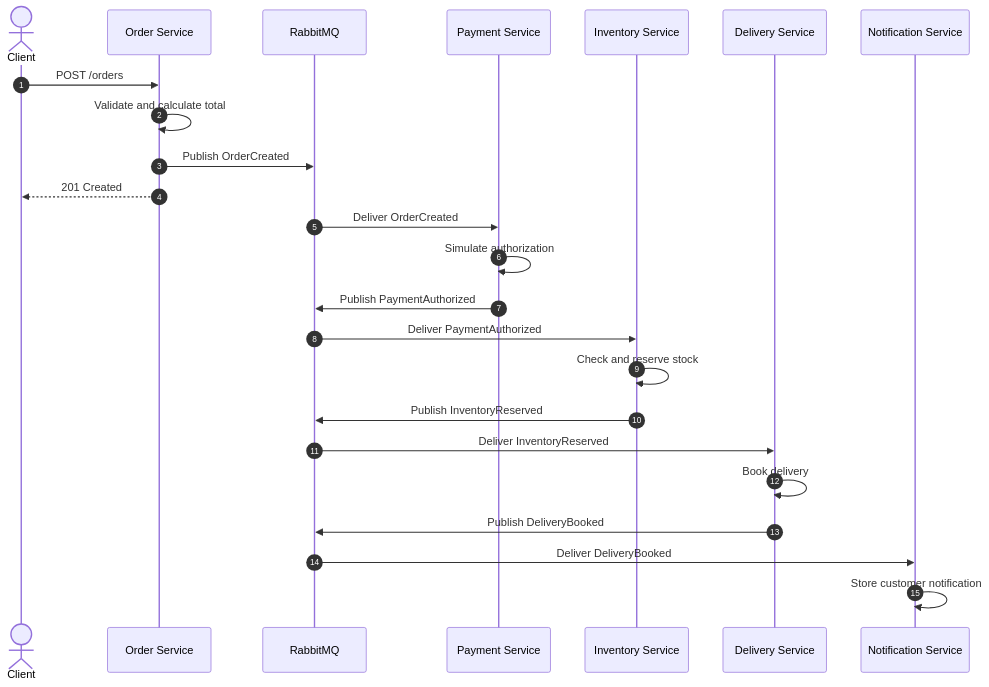
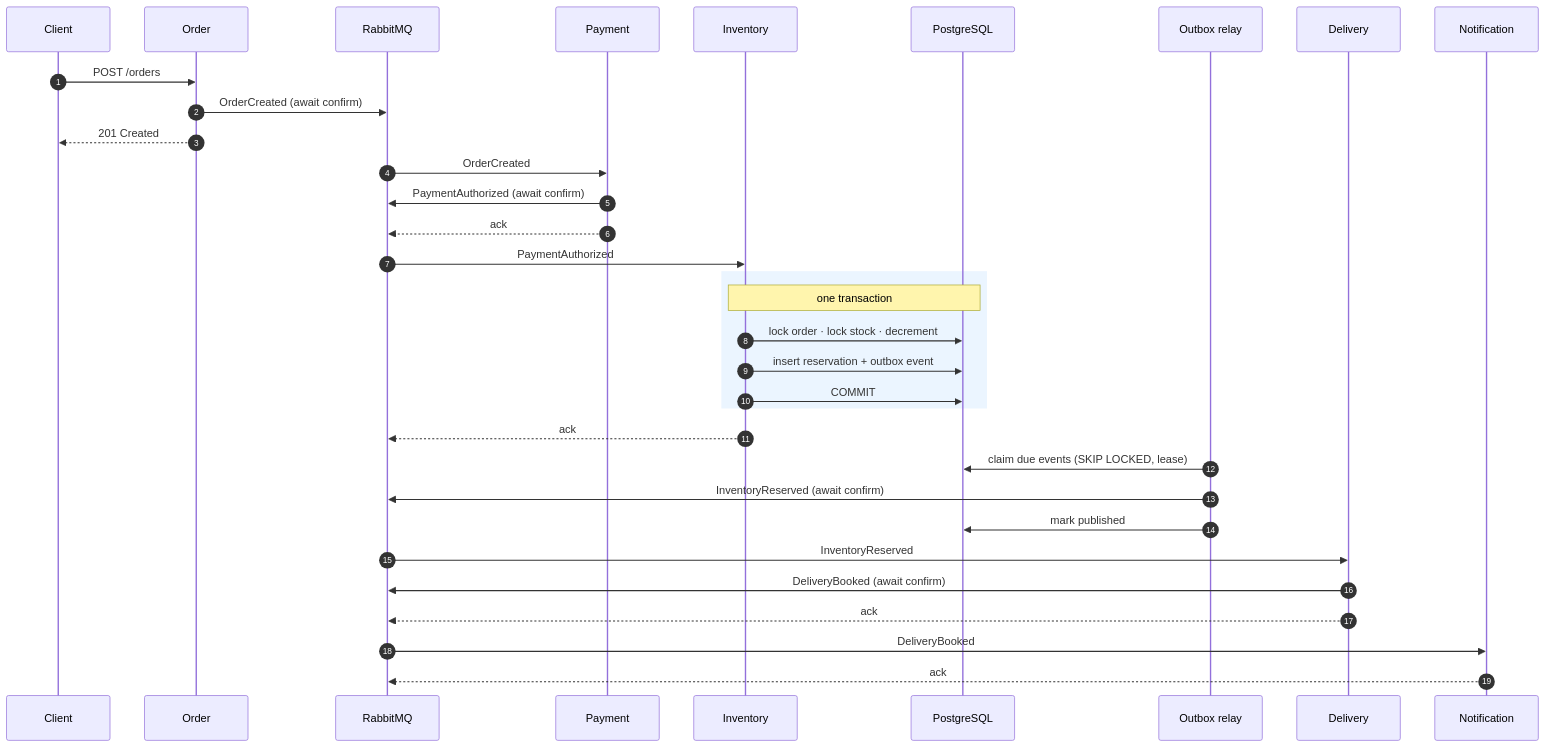
Before and after one commit to kris7011/commerce-flow: the second of 3 diagrams in README.md, drawn with Mermaid. The commit also changed other lines of this file and 2 other files, not shown here.

First line of the commit message:
docs: describe the outbox, delivery guarantees and failure handling

````diff
--- a/README.md
+++ b/README.md
@@ -358,32 +113,36 @@
 ```mermaid
 sequenceDiagram
     autonumber
+    participant C as Client
+    participant O as Order
+    participant X as RabbitMQ
+    participant P as Payment
+    participant I as Inventory
+    participant DB as PostgreSQL
+    participant R as Outbox relay
+    participant D as Delivery
+    participant N as Notification
 
-    actor Client
-    participant Order as Order Service
-    participant Broker as RabbitMQ
-    participant Payment as Payment Service
-    participant Inventory as Inventory Service
-    participant Delivery as Delivery Service
-    participant Notification as Notification Service
-
-    Client->>Order: POST /orders
-    Order->>Order: Validate and calculate total
-    Order->>Broker: Publish OrderCreated
-    Order-->>Client: 201 Created
-
-    Broker->>Payment: Deliver OrderCreated
-    Payment->>Payment: Simulate authorization
-    Payment->>Broker: Publish PaymentAuthorized
-
-    Broker->>Inventory: Deliver PaymentAuthorized
-    Inventory->>Inventory: Check and reserve stock
-    Inventory->>Broker: Publish InventoryReserved
-
-    Broker->>Delivery: Deliver InventoryReserved
-    Delivery->>Delivery: Book delivery
-    Delivery->>Broker: Publish DeliveryBooked
-
-    Broker->>Notification: Deliver DeliveryBooked
-    Notification->>Notification: Store customer notification
+    C->>O: POST /orders
+    O->>X: OrderCreated (await confirm)
+    O-->>C: 201 Created
+    X->>P: OrderCreated
+    P->>X: PaymentAuthorized (await confirm)
+    P-->>X: ack
+    X->>I: PaymentAuthorized
+    rect rgb(235, 245, 255)
+    note over I,DB: one transaction
+    I->>DB: lock order · lock stock · decrement
+    I->>DB: insert reservation + outbox event
+    I->>DB: COMMIT
+    end
+    I-->>X: ack
+    R->>DB: claim due events (SKIP LOCKED, lease)
+    R->>X: InventoryReserved (await confirm)
+    R->>DB: mark published
+    X->>D: InventoryReserved
+    D->>X: DeliveryBooked (await confirm)
+    D-->>X: ack
+    X->>N: DeliveryBooked
+    N-->>X: ack
 ```
````
